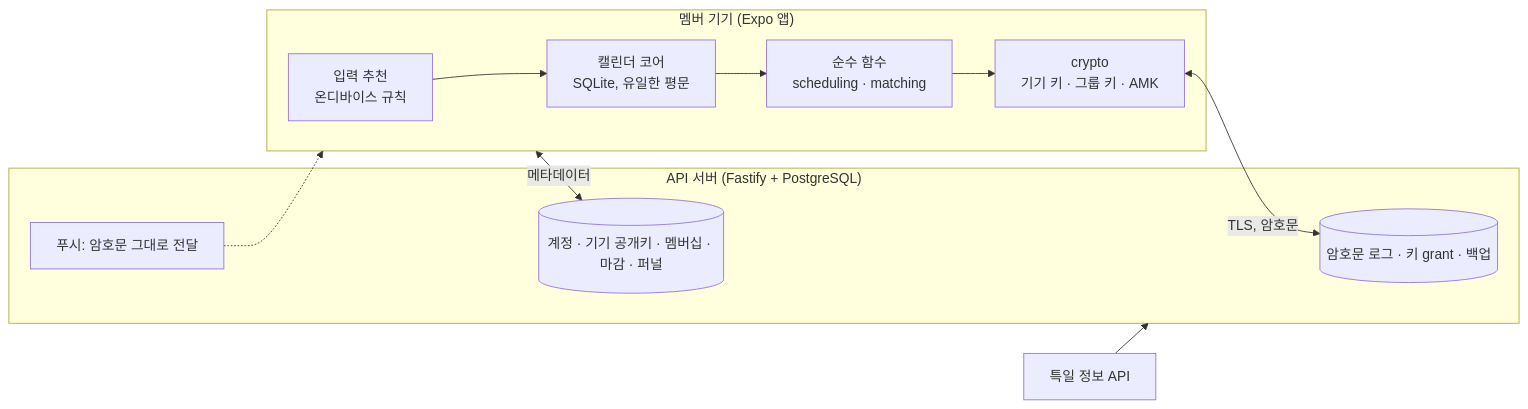
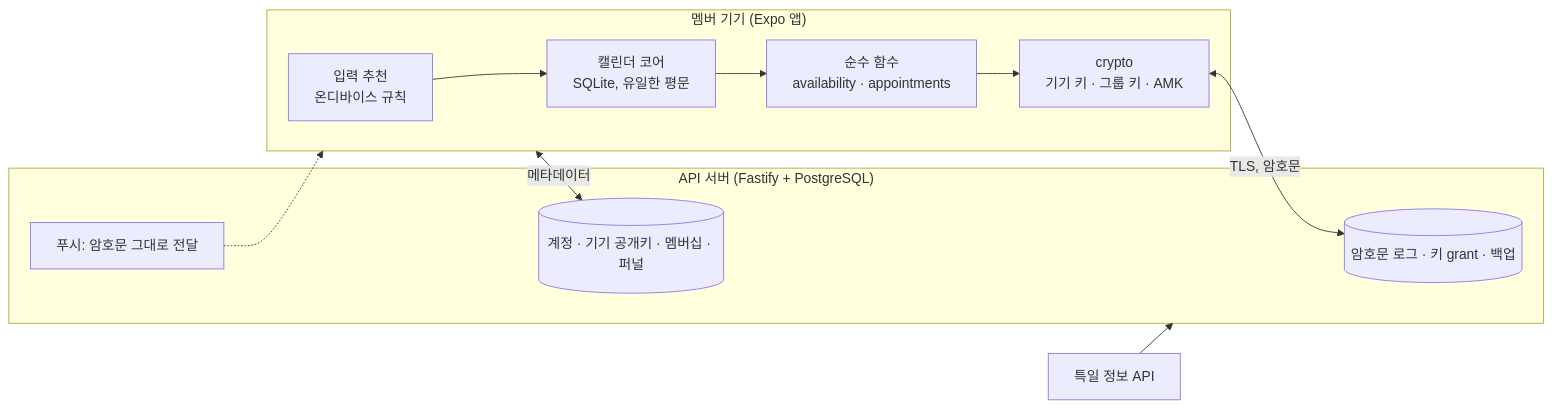
Before and after one commit to LeeDongHyun00/geunal-eottae: the first of 3 diagrams in docs/kickoff.md, drawn with Mermaid. The commit also changed other lines of this file, not shown here.

````diff
--- a/docs/kickoff.md
+++ b/docs/kickoff.md
@@ -87,19 +88,19 @@
 ```mermaid
 flowchart LR
   subgraph phone["멤버 기기 (Expo 앱)"]
     sugg["입력 추천<br/>온디바이스 규칙"]
     cal["캘린더 코어<br/>SQLite, 유일한 평문"]
-    core["순수 함수<br/>scheduling · matching"]
+    core["순수 함수<br/>availability · appointments"]
     crypto["crypto<br/>기기 키 · 그룹 키 · AMK"]
     sugg --> cal --> core --> crypto
   end
   subgraph server["API 서버 (Fastify + PostgreSQL)"]
     blobs[("암호문 로그 · 키 grant · 백업")]
-    meta[("계정 · 기기 공개키 · 멤버십 · 마감 · 퍼널")]
+    meta[("계정 · 기기 공개키 · 멤버십 · 퍼널")]
     push["푸시: 암호문 그대로 전달"]
   end
   crypto <-->|"TLS, 암호문"| blobs
   phone <-->|"메타데이터"| meta
   push -.-> phone
   holidays["특일 정보 API"] --> server
 ```
````
